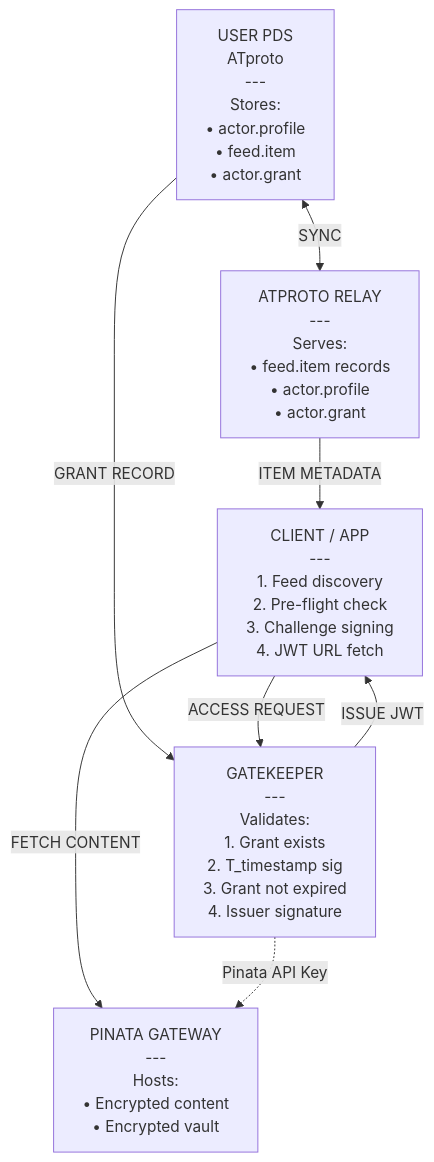
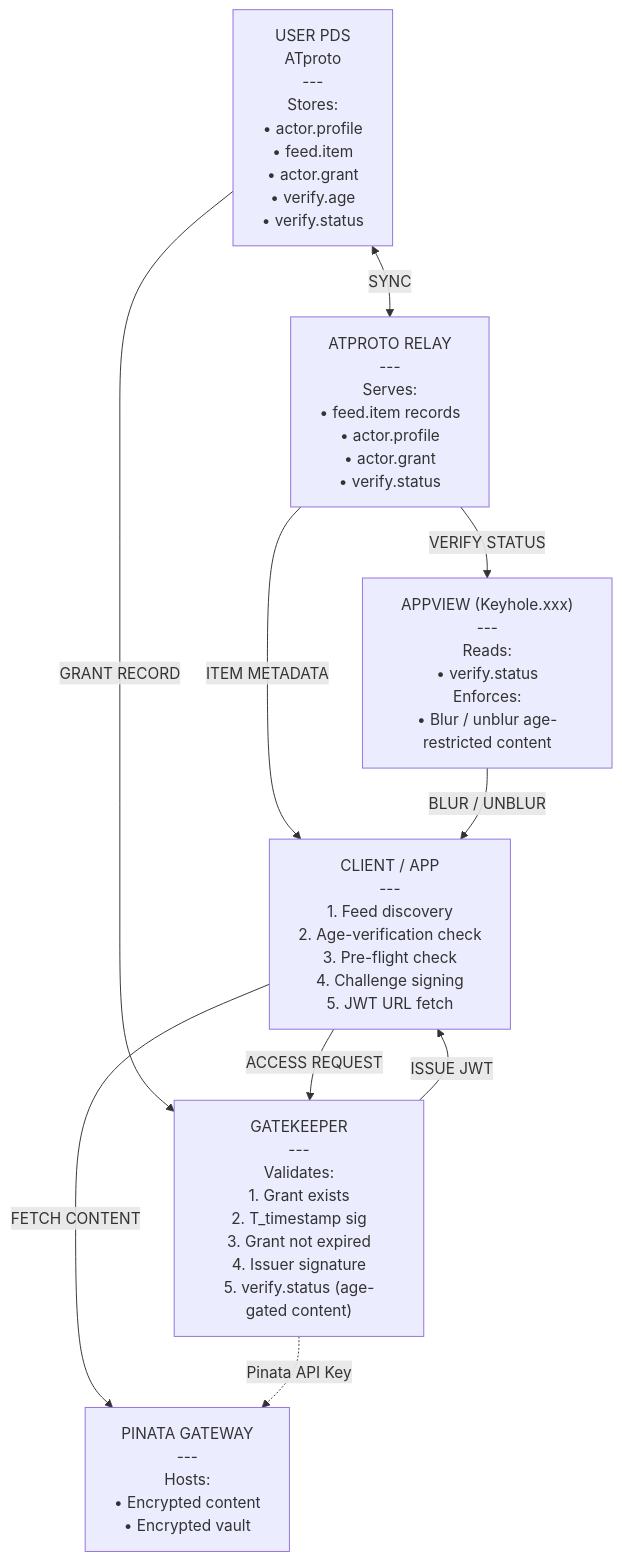
One commit to straiforos/Traiforce-Lexicon changed the first of 3 diagrams in docs/architecture/05-system-overview.md. Above: the diagram before and after it, drawn with Mermaid. The commit also changed other lines of this file and 3 other files, not shown here.

Commit message:
Capture verify lexicons in architecture docs and flows

````diff
--- a/docs/architecture/05-system-overview.md
+++ b/docs/architecture/05-system-overview.md
@@ -7,16 +7,19 @@
 ```mermaid
 graph TB
-    PDS["USER PDS<br/>ATproto<br/>---<br/>Stores:<br/>• actor.profile<br/>• feed.item<br/>• actor.grant"]
-    Relay["ATPROTO RELAY<br/>---<br/>Serves:<br/>• feed.item records<br/>• actor.profile<br/>• actor.grant"]
-    Client["CLIENT / APP<br/>---<br/>1. Feed discovery<br/>2. Pre-flight check<br/>3. Challenge signing<br/>4. JWT URL fetch"]
-    GK["GATEKEEPER<br/>---<br/>Validates:<br/>1. Grant exists<br/>2. T_timestamp sig<br/>3. Grant not expired<br/>4. Issuer signature"]
+    PDS["USER PDS<br/>ATproto<br/>---<br/>Stores:<br/>• actor.profile<br/>• feed.item<br/>• actor.grant<br/>• verify.age<br/>• verify.status"]
+    Relay["ATPROTO RELAY<br/>---<br/>Serves:<br/>• feed.item records<br/>• actor.profile<br/>• actor.grant<br/>• verify.status"]
+    Client["CLIENT / APP<br/>---<br/>1. Feed discovery<br/>2. Age-verification check<br/>3. Pre-flight check<br/>4. Challenge signing<br/>5. JWT URL fetch"]
+    AV["APPVIEW (Keyhole.xxx)<br/>---<br/>Reads:<br/>• verify.status<br/>Enforces:<br/>• Blur / unblur age-restricted content"]
+    GK["GATEKEEPER<br/>---<br/>Validates:<br/>1. Grant exists<br/>2. T_timestamp sig<br/>3. Grant not expired<br/>4. Issuer signature<br/>5. verify.status (age-gated content)"]
     Pinata["PINATA GATEWAY<br/>---<br/>Hosts:<br/>• Encrypted content<br/>• Encrypted vault"]
 
     PDS <-->|"SYNC"| Relay
     Relay -->|"ITEM METADATA"| Client
+    Relay -->|"VERIFY STATUS"| AV
     PDS -->|"GRANT RECORD"| GK
     Client -->|"ACCESS REQUEST"| GK
     GK -->|"ISSUE JWT"| Client
     Client -->|"FETCH CONTENT"| Pinata
     GK -.->|"Pinata API Key"| Pinata
+    AV -->|"BLUR / UNBLUR"| Client
 ```
````
